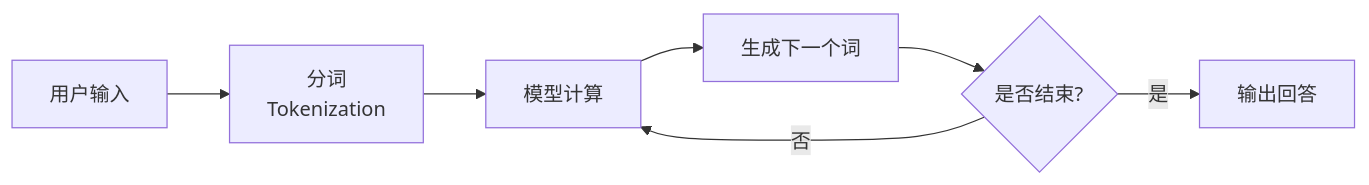
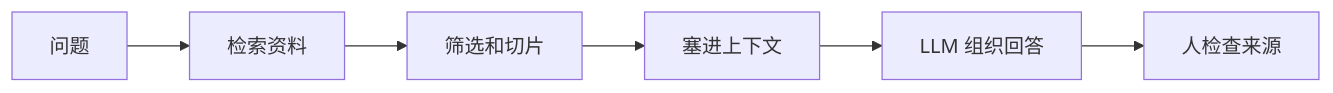
The second of 2 diagrams in docs/basics/what-is-llm.md (youyeyejie/Hello-AI), drawn with Mermaid before and after one commit. The commit also changed other lines of this file and 1 other file, not shown here.

````diff
--- a/docs/basics/what-is-llm.md
+++ b/docs/basics/what-is-llm.md
@@ -78,9 +283,8 @@
 ```mermaid
 flowchart LR
-    A[用户输入] --> B[分词<br>Tokenization]
-    B --> C[模型计算]
-    C --> D[生成下一个词]
-    D --> E{是否结束?}
-    E -->|否| C
-    E -->|是| F[输出回答]
+    Q[问题] --> R[检索资料]
+    R --> S[筛选和切片]
+    S --> C[塞进上下文]
+    C --> G[LLM 组织回答]
+    G --> V[人检查来源]
 ```
````
